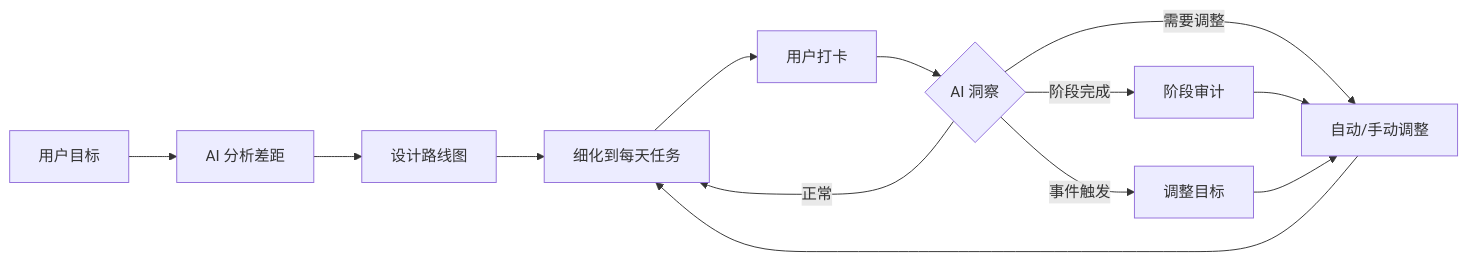
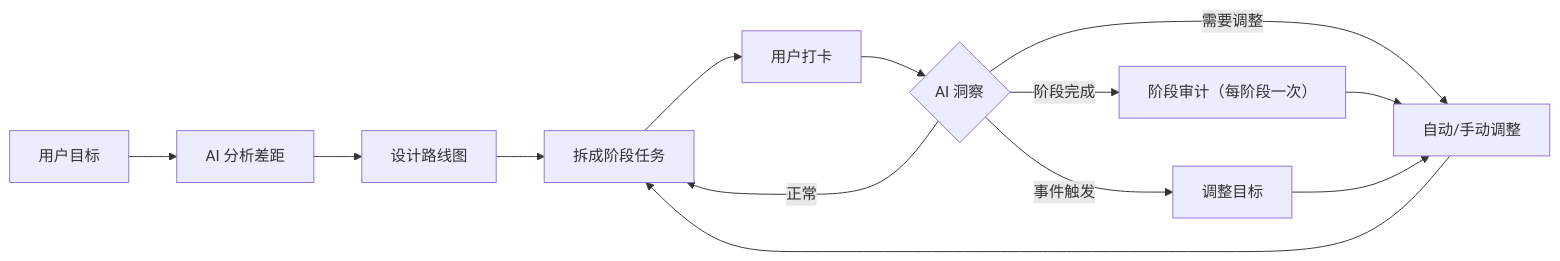
Before and after one commit to Wuuuuuuuuuz/career-kit: the second of 2 diagrams in docs/architecture.md, drawn with Mermaid. The commit also changed other lines of this file and 41 other files, not shown here.

````diff
--- a/docs/architecture.md
+++ b/docs/architecture.md
@@ -73,15 +75,15 @@
 ```mermaid
 graph LR
     A[用户目标] --> B[AI 分析差距]
     B --> C[设计路线图]
-    C --> D[细化到每天任务]
+    C --> D[拆成阶段任务]
     D --> E[用户打卡]
     E --> F{AI 洞察}
     F -->|正常| D
     F -->|需要调整| G[自动/手动调整]
     G --> D
-    F -->|阶段完成| H[阶段审计]
+    F -->|阶段完成| H["阶段审计（每阶段一次）"]
     H --> G
     F -->|事件触发| I[调整目标]
     I --> G
 ```
````
